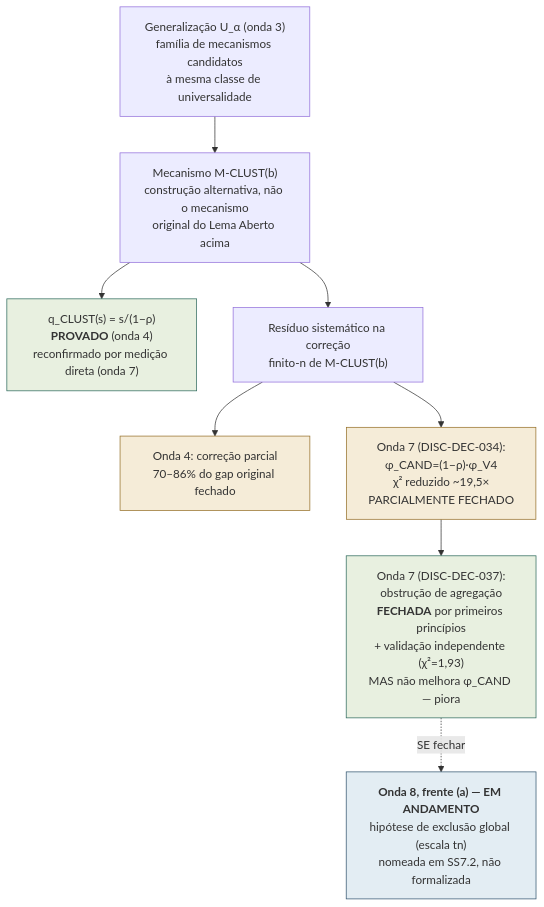
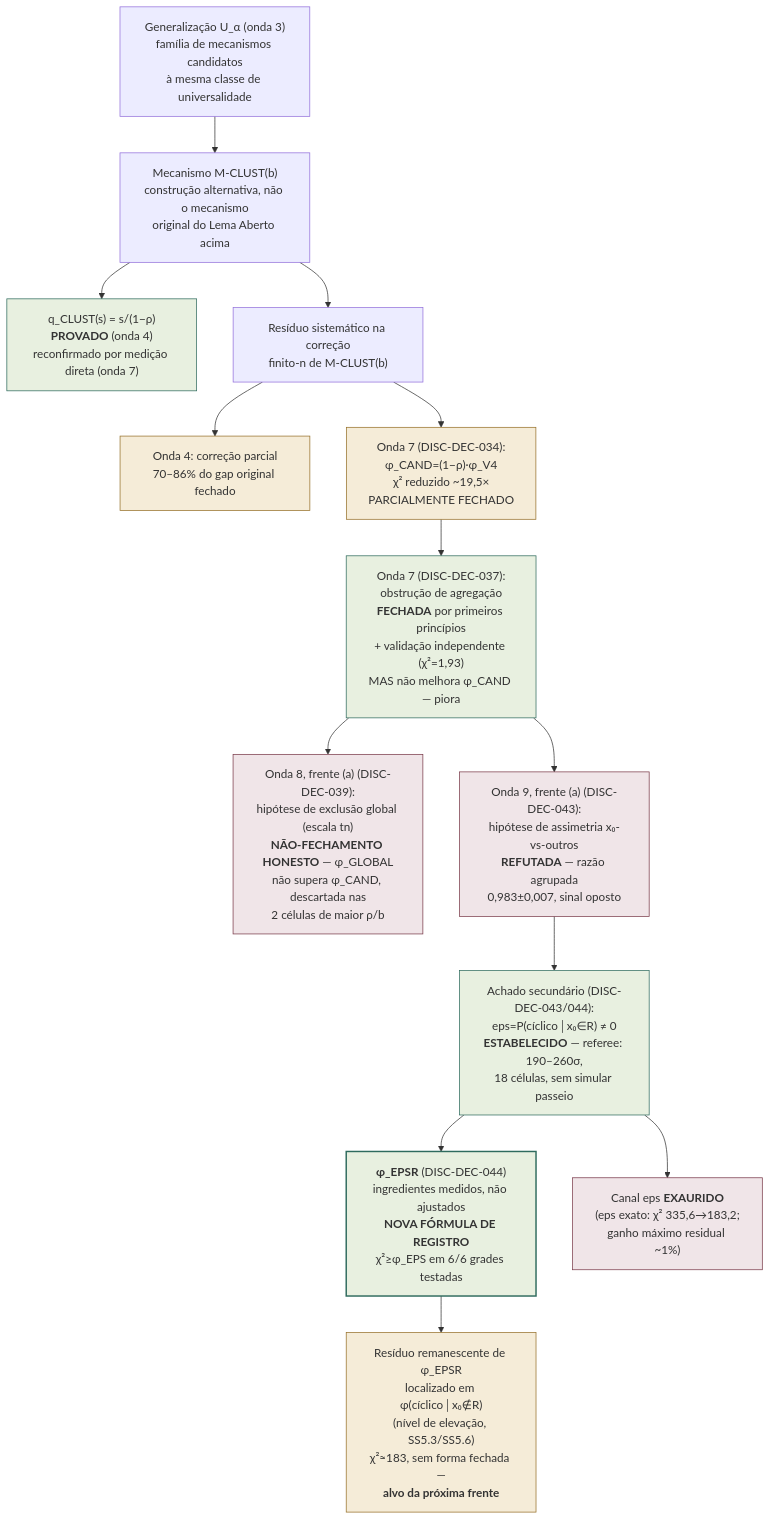
Before and after one commit to dougdotcon/TamesisTheoryCompleteResearchArchive: the second of 2 diagrams in 05_DISCOVERY_LAB/02_TESTS/CORE_NUMERICS/u12_universality/PROOF_DEPENDENCY_MAP.md, drawn with Mermaid. The commit also changed other lines of this file and 98 other files, not shown here.

First line of the commit message:
Adopt phi_EPSR as M-CLUST(b) formula of record after adversarial review (DISC-DEC-044)

````diff
--- a/05_DISCOVERY_LAB/02_TESTS/CORE_NUMERICS/u12_universality/PROOF_DEPENDENCY_MAP.md
+++ b/05_DISCOVERY_LAB/02_TESTS/CORE_NUMERICS/u12_universality/PROOF_DEPENDENCY_MAP.md
@@ -107,30 +107,50 @@
 ```mermaid
 flowchart TD
     UA["Generalização U_α (onda 3)<br/>família de mecanismos candidatos<br/>à mesma classe de universalidade"]
 
     MC["Mecanismo M-CLUST(b)<br/>construção alternativa, não o mecanismo<br/>original do Lema Aberto acima"]
 
     QC["q_CLUST(s) = s/(1−ρ)<br/><b>PROVADO</b> (onda 4)<br/>reconfirmado por medição direta (onda 7)"]
 
     RES["Resíduo sistemático na correção<br/>finito-n de M-CLUST(b)"]
 
     E1["Onda 4: correção parcial<br/>70–86% do gap original fechado"]
     E2["Onda 7 (DISC-DEC-034):<br/>φ_CAND=(1−ρ)·φ_V4<br/>χ² reduzido ~19,5×<br/>PARCIALMENTE FECHADO"]
     AGG["Onda 7 (DISC-DEC-037):<br/>obstrução de agregação<br/><b>FECHADA</b> por primeiros princípios<br/>+ validação independente (χ²=1,93)<br/>MAS não melhora φ_CAND — piora"]
 
-    W8a["<b>Onda 8, frente (a) — EM ANDAMENTO</b><br/>hipótese de exclusão global (escala tn)<br/>nomeada em SS7.2, não formalizada"]
+    W8a["Onda 8, frente (a) (DISC-DEC-039):<br/>hipótese de exclusão global (escala tn)<br/><b>NÃO-FECHAMENTO HONESTO</b> — φ_GLOBAL<br/>não supera φ_CAND, descartada nas<br/>2 células de maior ρ/b"]
+
+    W9a["Onda 9, frente (a) (DISC-DEC-043):<br/>hipótese de assimetria x₀-vs-outros<br/><b>REFUTADA</b> — razão agrupada<br/>0,983±0,007, sinal oposto"]
+
+    EPS["Achado secundário (DISC-DEC-043/044):<br/>eps=P(cíclico│x₀∈R) ≠ 0<br/><b>ESTABELECIDO</b> — referee: 190–260σ,<br/>18 células, sem simular passeio"]
+
+    EPSR["<b>φ_EPSR</b> (DISC-DEC-044)<br/>ingredientes medidos, não ajustados<br/><b>NOVA FÓRMULA DE REGISTRO</b><br/>χ²≥φ_EPS em 6/6 grades testadas"]
+
+    EXH["Canal eps <b>EXAURIDO</b><br/>(eps exato: χ² 335,6→183,2;<br/>ganho máximo residual ~1%)"]
+
+    ELEV["Resíduo remanescente de φ_EPSR<br/>localizado em φ(cíclico│x₀∉R)<br/>(nível de elevação, SS5.3/SS5.6)<br/>χ²≈183, sem forma fechada —<br/><b>alvo da próxima frente</b>"]
 
     UA --> MC
     MC --> QC
     MC --> RES
     RES --> E1
     RES --> E2
     E2 --> AGG
-    AGG -."SE fechar".-> W8a
+    AGG --> W8a
+    AGG --> W9a
+    W9a --> EPS
+    EPS --> EPSR
+    EPS --> EXH
+    EPSR --> ELEV
 
     style QC fill:#e8f0e0,stroke:#2f6b5e
     style E1 fill:#f5ecd8,stroke:#96702a
     style E2 fill:#f5ecd8,stroke:#96702a
     style AGG fill:#e8f0e0,stroke:#2f6b5e
-    style W8a fill:#e3edf3,stroke:#33566f
+    style W8a fill:#f0e5e8,stroke:#7a3b4a
+    style W9a fill:#f0e5e8,stroke:#7a3b4a
+    style EPS fill:#e8f0e0,stroke:#2f6b5e
+    style EPSR fill:#e8f0e0,stroke:#2f6b5e,stroke-width:2px
+    style EXH fill:#f0e5e8,stroke:#7a3b4a
+    style ELEV fill:#f5ecd8,stroke:#96702a
 ```
````
